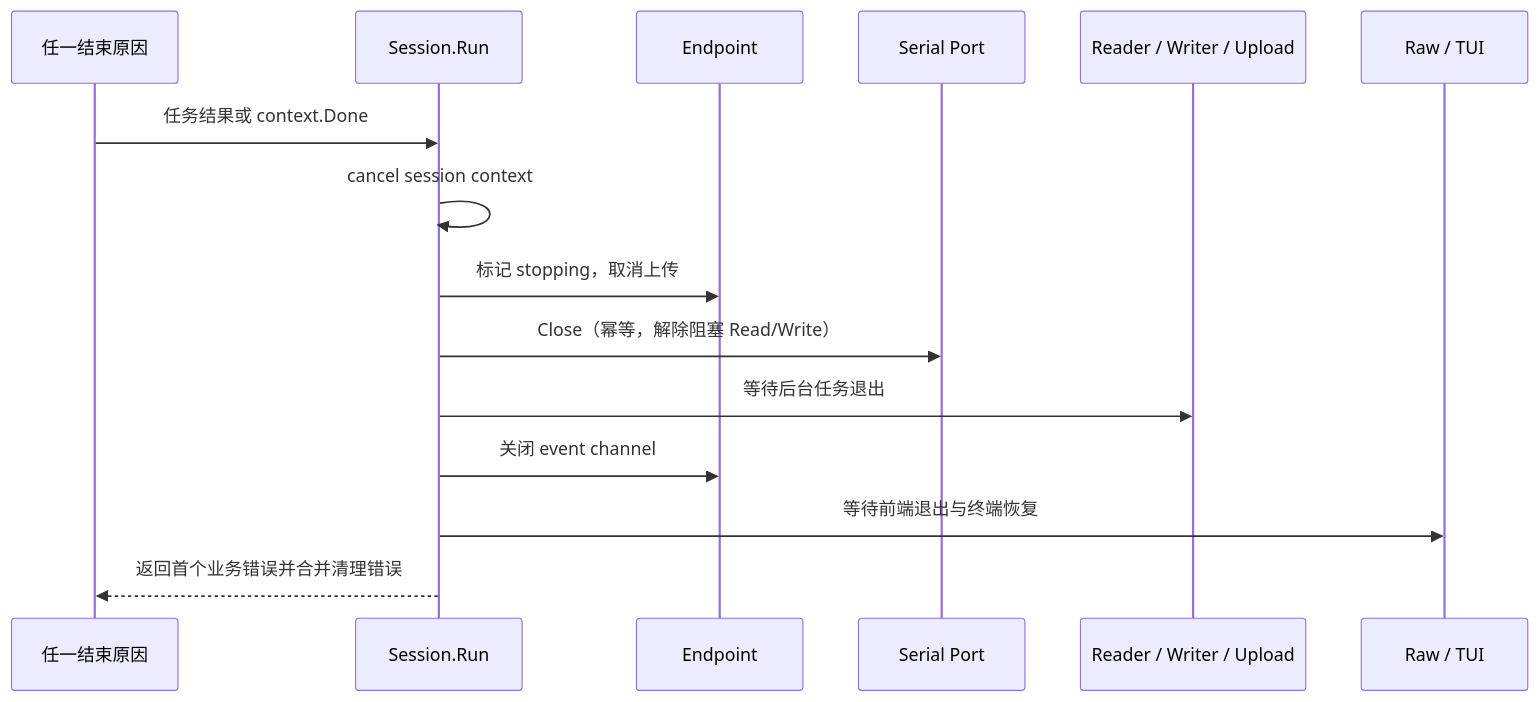
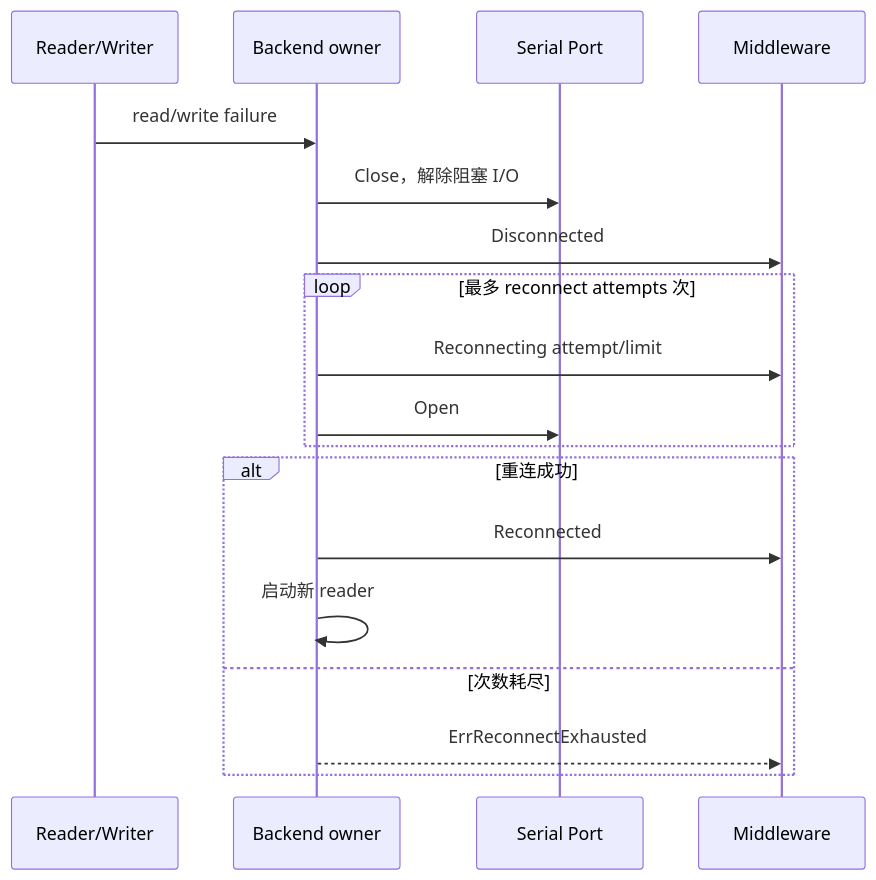
The third of 3 diagrams in docs/architecture.md (ZhiWei-Ou/xserial), drawn with Mermaid before and after one commit. The commit also changed other lines of this file and 23 other files, not shown here.

Commit message:
refactor(core): separate backend, middleware, and frontend responsibilities

````diff
--- a/docs/architecture.md
+++ b/docs/architecture.md
@@ -250,18 +96,21 @@
 ```mermaid
 sequenceDiagram
-    participant Cause as 任一结束原因
-    participant Session as Session.Run
-    participant Endpoint as Endpoint
-    participant Port as Serial Port
-    participant Tasks as Reader / Writer / Upload
-    participant Frontend as Raw / TUI
+    participant R as Reader/Writer
+    participant B as Backend owner
+    participant P as Serial Port
+    participant M as Middleware
 
-    Cause->>Session: 任务结果或 context.Done
-    Session->>Session: cancel session context
-    Session->>Endpoint: 标记 stopping，取消上传
-    Session->>Port: Close（幂等，解除阻塞 Read/Write）
-    Session->>Tasks: 等待后台任务退出
-    Session->>Endpoint: 关闭 event channel
-    Session->>Frontend: 等待前端退出与终端恢复
-    Session-->>Cause: 返回首个业务错误并合并清理错误
+    R->>B: read/write failure
+    B->>P: Close，解除阻塞 I/O
+    B->>M: Disconnected
+    loop 最多 reconnect attempts 次
+        B->>M: Reconnecting attempt/limit
+        B->>P: Open
+    end
+    alt 重连成功
+        B->>M: Reconnected
+        B->>B: 启动新 reader
+    else 次数耗尽
+        B-->>M: ErrReconnectExhausted
+    end
 ```
````
